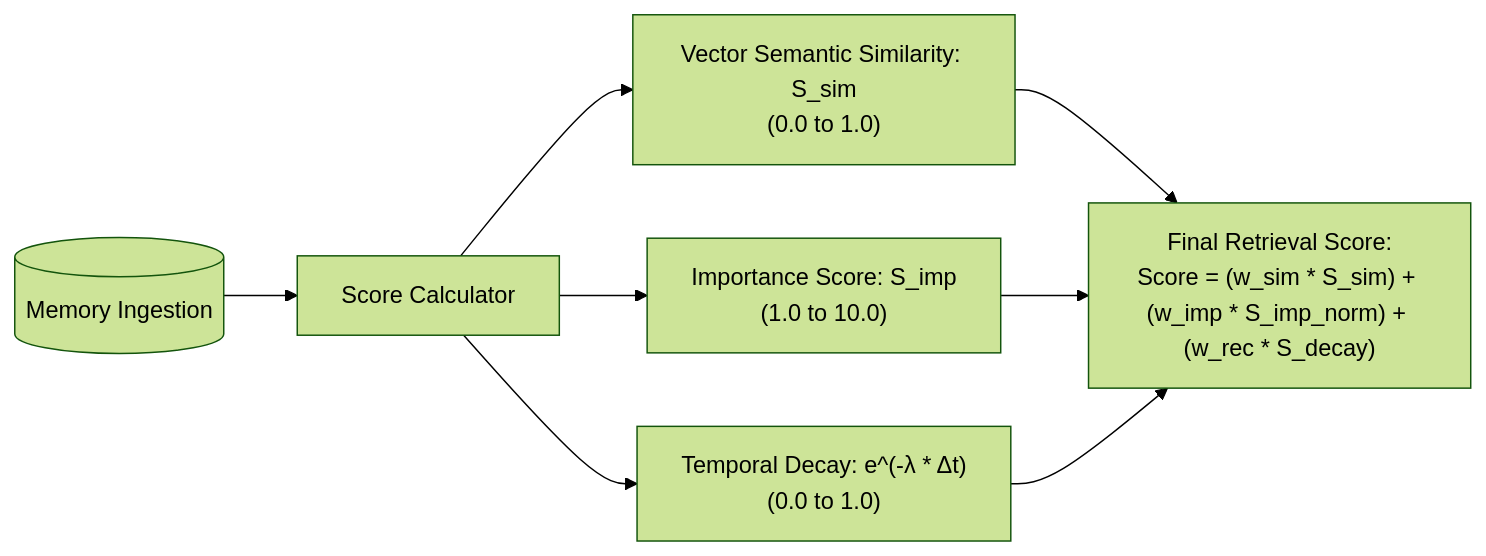
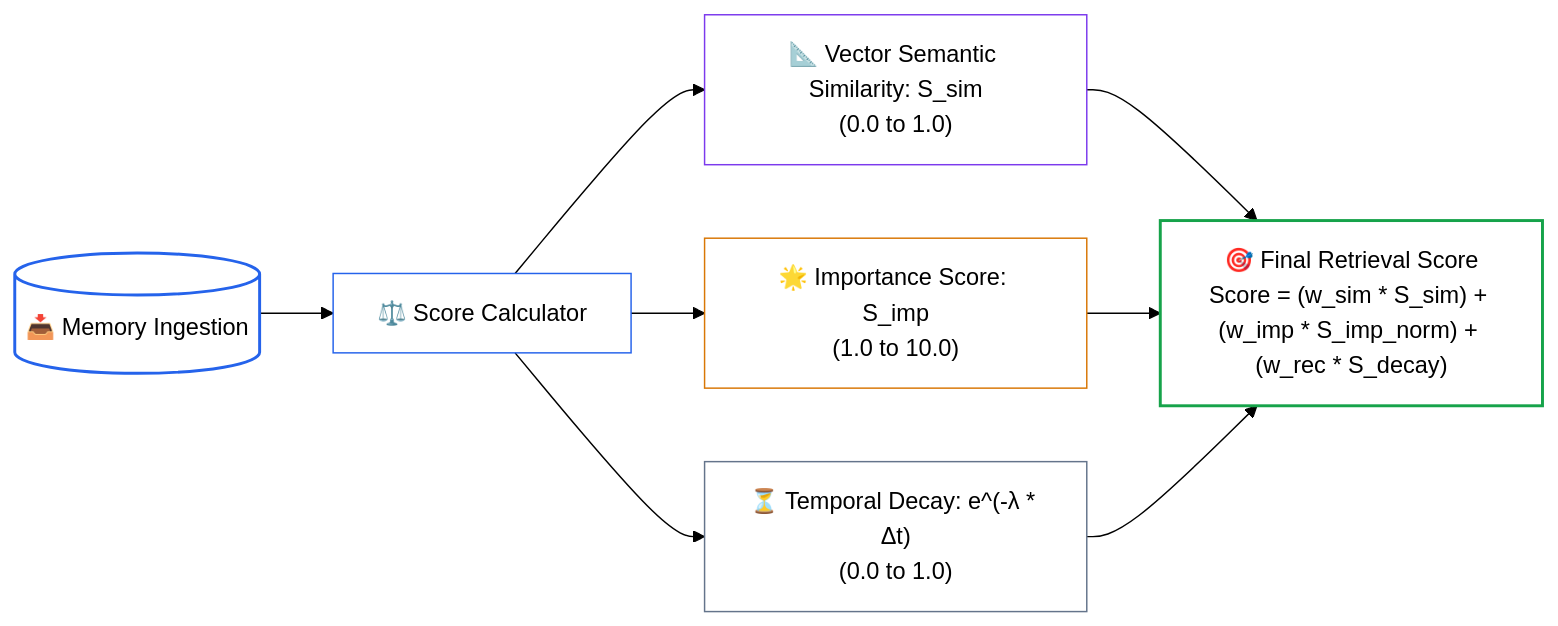
Before and after one commit to dip4k/senior-engineer-to-ai-engineer-roadmap: the fifth of 13 diagrams in 04-agentic-systems-and-orchestration/labs/lab5-agent-memory-system.md, drawn with Mermaid (forest theme). The commit also changed other lines of this file and 94 other files, not shown here.

Commit message:
refactor(curriculum): complete Phase 04 upgrade and enforce diagram renderer invariants

````diff
--- a/04-agentic-systems-and-orchestration/labs/lab5-agent-memory-system.md
+++ b/04-agentic-systems-and-orchestration/labs/lab5-agent-memory-system.md
@@ -257,9 +294,16 @@
 ```mermaid
 flowchart LR
-    Mem[("Memory Ingestion")] --> Score["Score Calculator"]
-    Score --> Vec["Vector Semantic Similarity: S_sim\n(0.0 to 1.0)"]
-    Score --> Imp["Importance Score: S_imp\n(1.0 to 10.0)"]
-    Score --> Dec["Temporal Decay: e^(-λ * Δt)\n(0.0 to 1.0)"]
+    Mem[("📥 Memory Ingestion")] --> Score["⚖️ Score Calculator"]
+    Score --> Vec["📐 Vector Semantic Similarity: S_sim<br/>(0.0 to 1.0)"]
+    Score --> Imp["🌟 Importance Score: S_imp<br/>(1.0 to 10.0)"]
+    Score --> Dec["⏳ Temporal Decay: e^(-λ * Δt)<br/>(0.0 to 1.0)"]
     
-    Vec & Imp & Dec --> Unified["Final Retrieval Score:\nScore = (w_sim * S_sim) + (w_imp * S_imp_norm) + (w_rec * S_decay)"]
+    Vec & Imp & Dec --> Unified["🎯 Final Retrieval Score<br/>Score = (w_sim * S_sim) + (w_imp * S_imp_norm) + (w_rec * S_decay)"]
+
+    style Mem stroke:#2563eb,stroke-width:2px,fill:none
+    style Score stroke:#2563eb,stroke-width:1px,fill:none
+    style Vec stroke:#7c3aed,stroke-width:1px,fill:none
+    style Imp stroke:#d97706,stroke-width:1px,fill:none
+    style Dec stroke:#64748b,stroke-width:1px,fill:none
+    style Unified stroke:#16a34a,stroke-width:2px,fill:none
 ```
````
